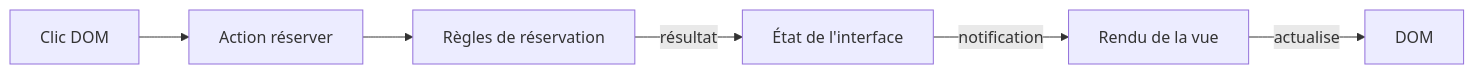
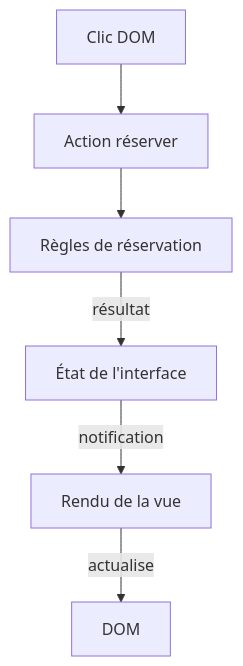
The second of 3 diagrams in src/cours/poo-patterns-frameworks/08-frameworks.md (theopaolo/dev-carnet), drawn with Mermaid before and after one commit. The commit also changed 6 other files, not shown here.

````diff
--- a/src/cours/poo-patterns-frameworks/08-frameworks.md
+++ b/src/cours/poo-patterns-frameworks/08-frameworks.md
@@ -50,10 +50,10 @@
 ```mermaid
-flowchart LR
+flowchart TB
   accTitle: Du clic au nouvel affichage
   accDescr: Le clic déclenche une action. Le métier accepte ou refuse la réservation. Le résultat met à jour l'état, qui notifie les abonnés et déclenche le rendu dans le DOM.
   Clic[Clic DOM] --> Action[Action réserver]
   Action --> Metier[Règles de réservation]
   Metier -->|résultat| Etat[État de l'interface]
   Etat -->|notification| Vue[Rendu de la vue]
   Vue -->|actualise| DOM[DOM]
 ```
````
